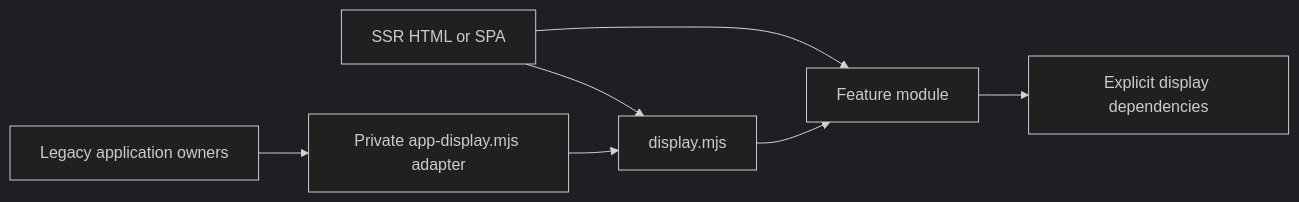
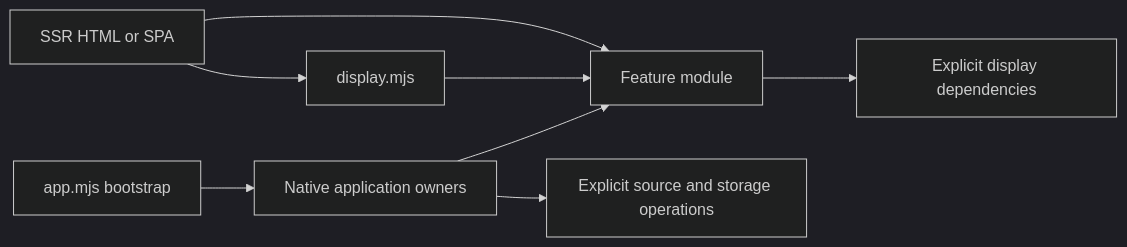
One commit to casselc/goo changed the first of 3 diagrams in docs/UI_COMPONENTS.md. Above: the diagram before and after it, drawn with Mermaid (dark theme). The commit also changed other lines of this file and 472 other files, not shown here.

Commit message:
Migrate application owners to explicit native modules

````diff
--- a/docs/UI_COMPONENTS.md
+++ b/docs/UI_COMPONENTS.md
@@ -112,9 +115,10 @@
 ```mermaid
 flowchart LR
   Embed[SSR HTML or SPA] --> Feature[Feature module]
   Embed --> Entry[display.mjs]
   Entry --> Feature
   Feature --> Core[Explicit display dependencies]
-  Legacy[Legacy application owners] --> Bridge[Private app-display.mjs adapter]
-  Bridge --> Entry
+  App[app.mjs bootstrap] --> Owners[Native application owners]
+  Owners --> Feature
+  Owners --> Sources[Explicit source and storage operations]
 ```
````
